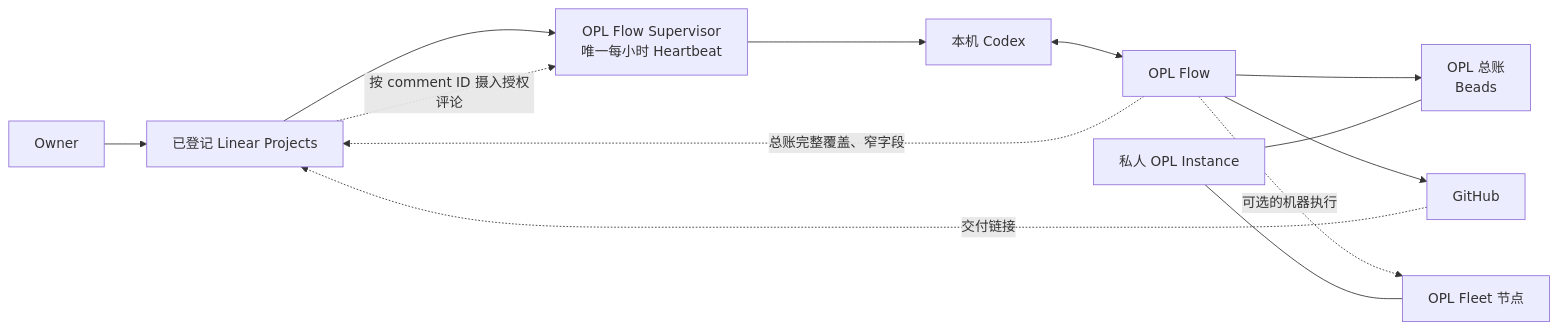
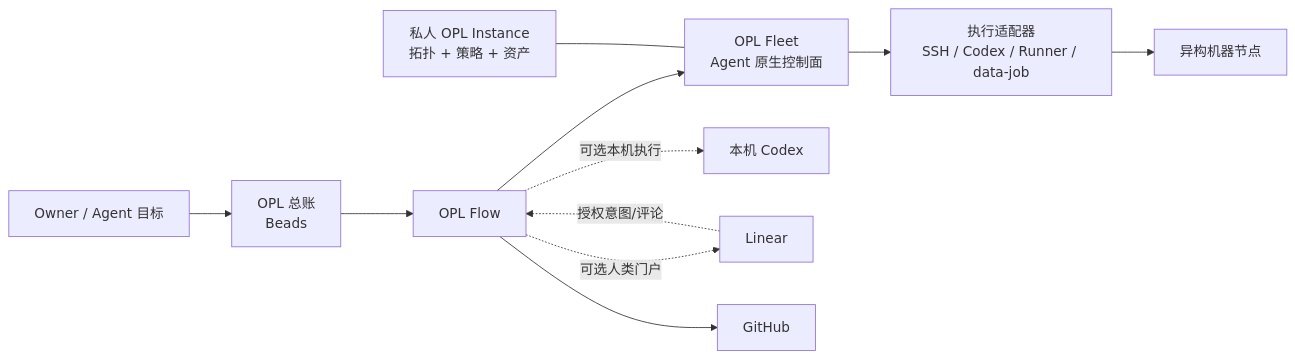
The diagram in README.zh-CN.md (gaofeng21cn/opl-flow), drawn with Mermaid before and after one commit. The commit also changed other lines of this file and 4 other files, not shown here.

Commit message:
docs: clarify Flow and Fleet execution roles

````diff
--- a/README.zh-CN.md
+++ b/README.zh-CN.md
@@ -52,15 +52,13 @@
 ```mermaid
 flowchart LR
-    U[Owner] --> L[已登记 Linear Projects]
-    L --> S[OPL Flow Supervisor<br/>唯一每小时 Heartbeat]
-    S --> C[本机 Codex]
-    C <--> F[OPL Flow]
-    F --> B[OPL 总账<br/>Beads]
+    U[Owner / Agent 目标] --> B[OPL 总账<br/>Beads]
+    B --> F[OPL Flow]
+    F --> N[OPL Fleet<br/>Agent 原生控制面]
+    N --> A[执行适配器<br/>SSH / Codex / Runner / data-job]
+    A --> H[异构机器节点]
+    F -. 可选本机执行 .-> C[本机 Codex]
+    F -. 可选人类门户 .-> L[Linear]
     F --> G[GitHub]
-    F -. 可选的机器执行 .-> N[OPL Fleet 节点]
-    F -. 总账完整覆盖、窄字段 .-> L
-    L -. 按 comment ID 摄入授权评论 .-> S
-    G -. 交付链接 .-> L
-    I[私人 OPL Instance] --- B
-    I --- N
+    I[私人 OPL Instance<br/>拓扑 + 策略 + 资产] --- N
+    L -. 授权意图/评论 .-> F
 ```
````
